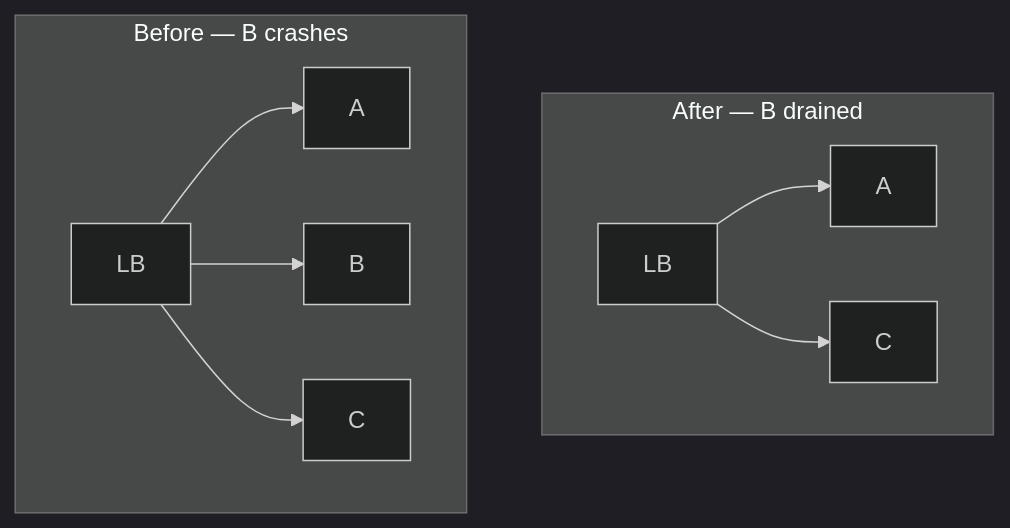
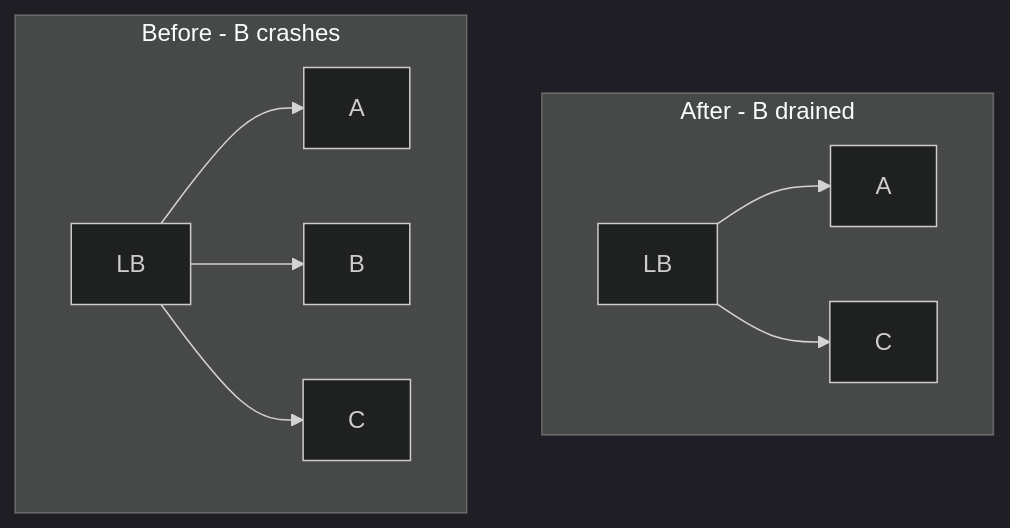
One commit to hareramcse/SystemDesign changed the ninth of 21 diagrams in 12-reliability-engineering/README.md. Above: the diagram before and after it, drawn with Mermaid (dark theme). The commit also changed other lines of this file, not shown here.

````diff
--- a/12-reliability-engineering/README.md
+++ b/12-reliability-engineering/README.md
@@ -347,15 +399,15 @@
 ```mermaid
 flowchart LR
-    subgraph Before["Before — B crashes"]
+    subgraph Before["Before - B crashes"]
         direction LR
         LB1[LB] --> A1[A]
         LB1 --> B1[B]
         LB1 --> C1[C]
     end
-    subgraph After["After — B drained"]
+    subgraph After["After - B drained"]
         direction LR
         LB2[LB] --> A2[A]
         LB2 --> C2[C]
     end
     Before ~~~ After
 ```
````
